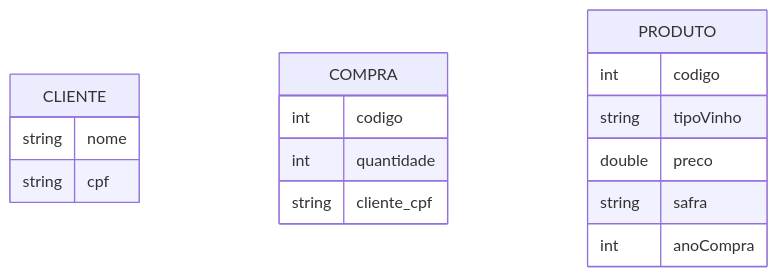
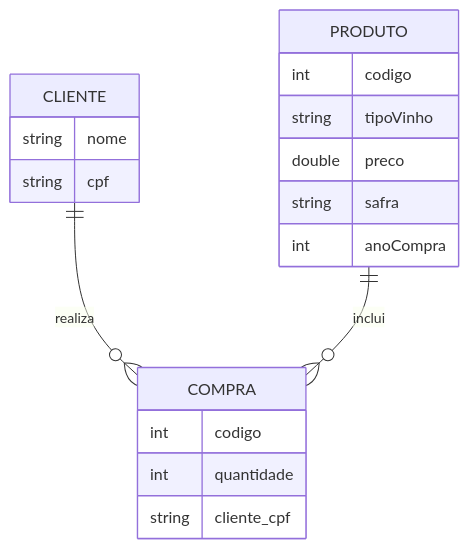
One commit to guimaraes/WinePurchase changed the diagram in README.md. Above: the diagram before and after it, drawn with Mermaid. The commit also changed other lines of this file and 3 other files, not shown here.

````diff
--- a/README.md
+++ b/README.md
@@ -181,20 +187,22 @@
 ```mermaid
 erDiagram
     CLIENTE {
         string nome
         string cpf
     }
     COMPRA {
         int codigo
         int quantidade
         string cliente_cpf
     }
     PRODUTO {
         int codigo
         string tipoVinho
         double preco
         string safra
         int anoCompra
     }
 
+    CLIENTE ||--o{ COMPRA: realiza
+    PRODUTO ||--o{ COMPRA: inclui
 ```
````
